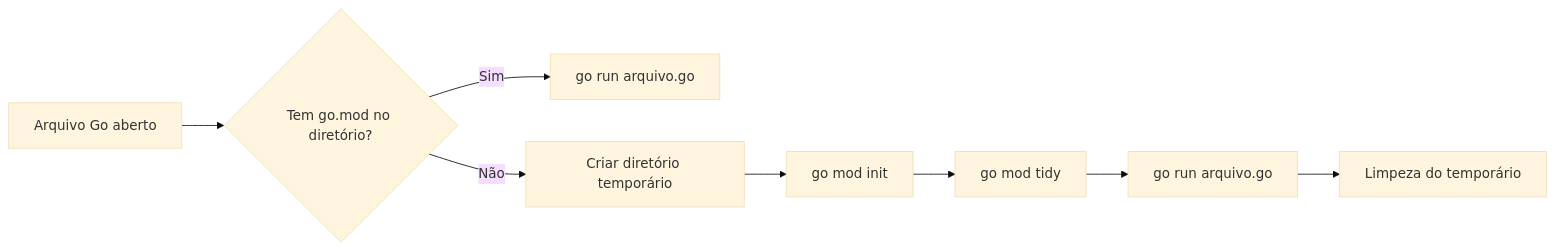
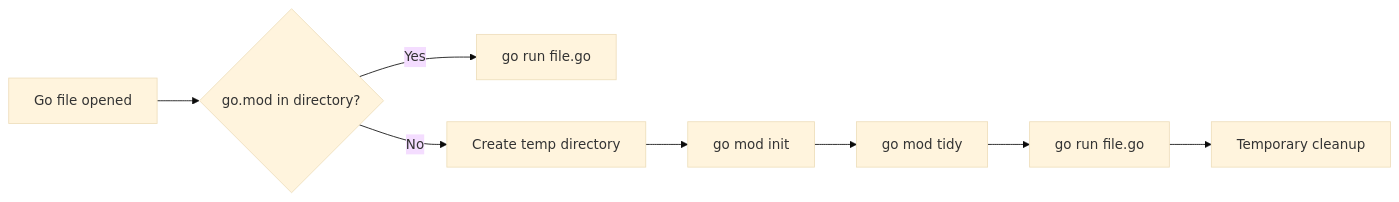
Before and after one commit to kubex-ecosystem/rightogo: the diagram in docs/index.md, drawn with Mermaid (base theme). The commit also changed other lines of this file and 27 other files, not shown here.

````diff
--- a/docs/index.md
+++ b/docs/index.md
@@ -16,10 +16,10 @@
 ```mermaid
 flowchart LR
-  A["Arquivo Go aberto"] --> B{"Tem go.mod no diretório?"}
-  B -->|"Sim"| C["go run arquivo.go"]
-  B -->|"Não"| D["Criar diretório temporário"]
+  A["Go file opened"] --> B{"go.mod in directory?"}
+  B -->|"Yes"| C["go run file.go"]
+  B -->|"No"| D["Create temp directory"]
   D --> E["go mod init"]
   E --> F["go mod tidy"]
-  F --> G["go run arquivo.go"]
-  G --> H["Limpeza do temporário"]
+  F --> G["go run file.go"]
+  G --> H["Temporary cleanup"]
 ```
````
